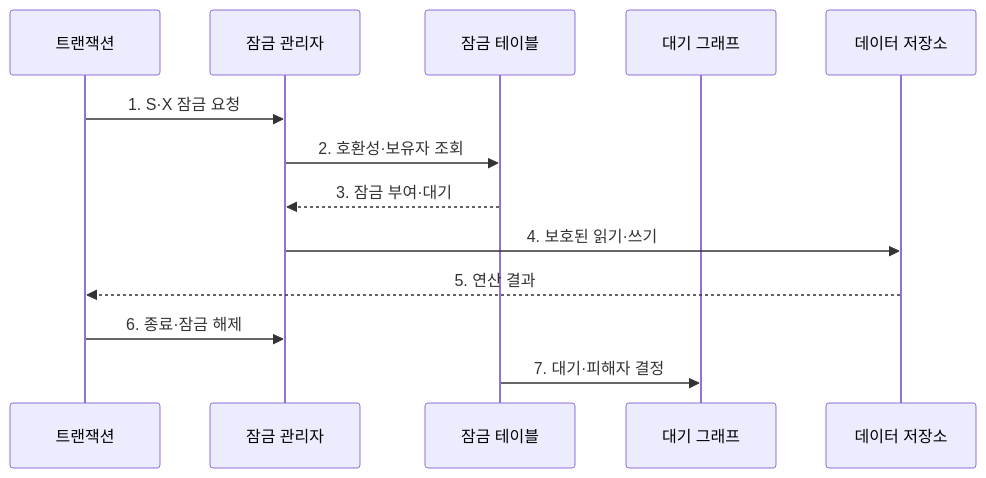
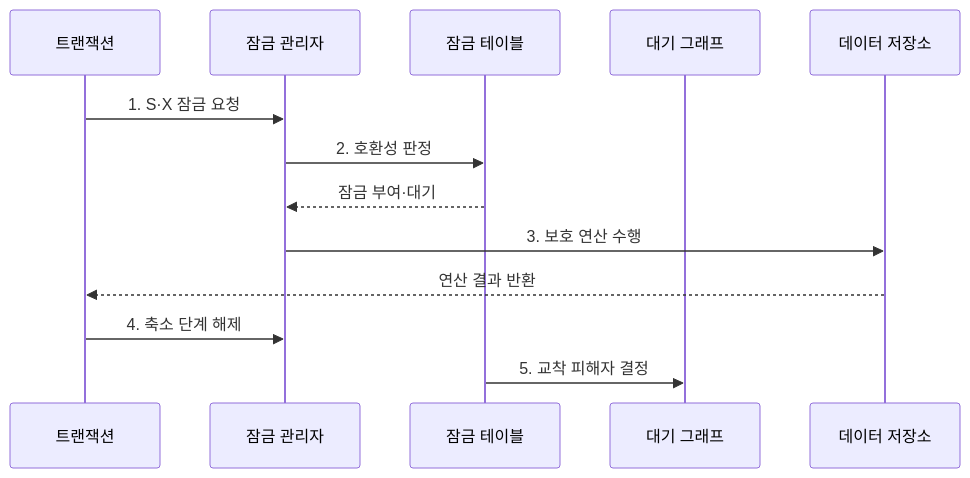
One commit to agnusdei1207/knowledge-base changed the second of 2 diagrams in src/content/docs/notes/03-software/088_two_phase_locking.md. Above: the diagram before and after it, drawn with Mermaid. The commit also changed other lines of this file and 238 other files, not shown here.

````diff
--- a/src/content/docs/notes/03-software/088_two_phase_locking.md
+++ b/src/content/docs/notes/03-software/088_two_phase_locking.md
@@ -79,15 +79,15 @@
 ```mermaid
 sequenceDiagram
     participant T as 트랜잭션
     participant L as 잠금 관리자
     participant B as 잠금 테이블
     participant W as 대기 그래프
     participant D as 데이터 저장소
     T->>L: 1. S·X 잠금 요청
-    L->>B: 2. 호환성·보유자 조회
-    B-->>L: 3. 잠금 부여·대기
-    L->>D: 4. 보호된 읽기·쓰기
-    D-->>T: 5. 연산 결과
-    T->>L: 6. 종료·잠금 해제
-    B->>W: 7. 대기·피해자 결정
+    L->>B: 2. 호환성 판정
+    B-->>L: 잠금 부여·대기
+    L->>D: 3. 보호 연산 수행
+    D-->>T: 연산 결과 반환
+    T->>L: 4. 축소 단계 해제
+    B->>W: 5. 교착 피해자 결정
 ```
````
